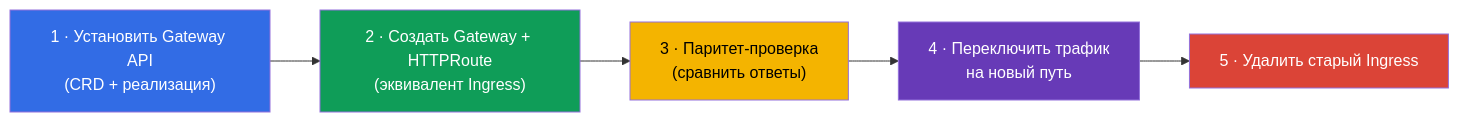
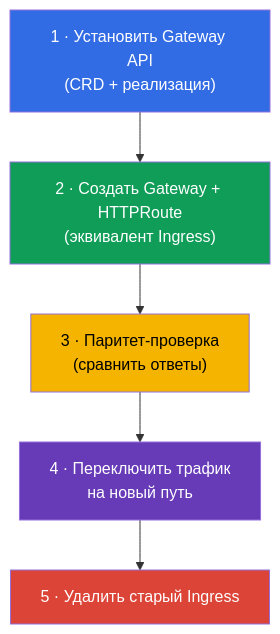
The eighth of 8 diagrams in tasks/cka/course/33/ru.md (ViktorUJ/cks), drawn with Mermaid before and after one commit. The commit also changed other lines of this file and 30 other files, not shown here.

````diff
--- a/tasks/cka/course/33/ru.md
+++ b/tasks/cka/course/33/ru.md
@@ -335,9 +319,12 @@
 ```mermaid
-flowchart LR
-    a["1 · Установить Gateway API<br>(CRD + реализация)"] --> b["2 · Создать Gateway + HTTPRoute<br>(эквивалент Ingress)"] --> c["3 · Паритет-проверка<br>(сравнить ответы)"] --> d["4 · Переключить трафик<br>на новый путь"] --> e["5 · Удалить старый Ingress"]
+flowchart TB
+    a["1 · Установить Gateway API<br>(CRD + реализация)"] --> b["2 · Создать Gateway + HTTPRoute<br>(эквивалент Ingress)"]
+    b --> c["3 · Паритет-проверка<br>(сравнить ответы)"]
+    c --> d["4 · Переключить трафик<br>на новый путь"]
+    d --> e["5 · Удалить старый Ingress"]
     style a fill:#326ce5,color:#fff
     style b fill:#0f9d58,color:#fff
     style c fill:#f4b400,color:#000
     style d fill:#673ab7,color:#fff
     style e fill:#db4437,color:#fff
 ```
````
